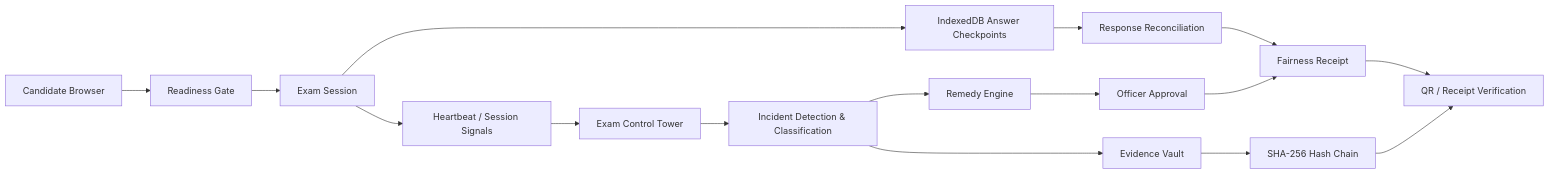
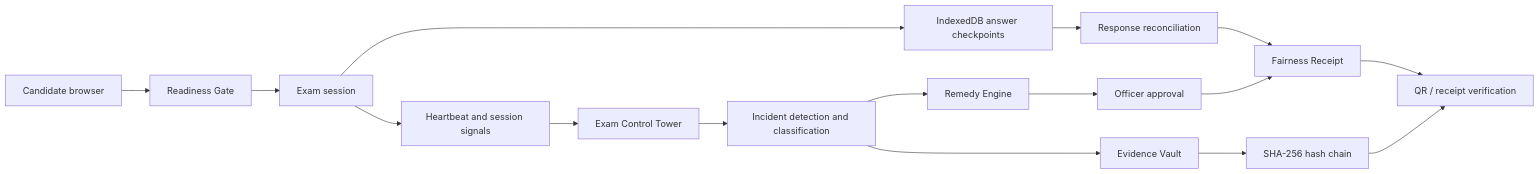
One commit to shaunmortal/online-assessment changed the first of 3 diagrams in README.md. Above: the diagram before and after it, drawn with Mermaid. The commit also changed other lines of this file and 4 other files, not shown here.

````diff
--- a/README.md
+++ b/README.md
@@ -50,18 +64,18 @@
-``` mermaid
+```mermaid
 flowchart LR
-    C[Candidate Browser] --> G[Readiness Gate]
-    G --> E[Exam Session]
-    E --> CP[IndexedDB Answer Checkpoints]
-    E --> HB[Heartbeat / Session Signals]
-    HB --> T[Exam Control Tower]
-    T --> I[Incident Detection & Classification]
+    C[Candidate browser] --> G[Readiness Gate]
+    G --> E[Exam session]
+    E --> CP[IndexedDB answer checkpoints]
+    E --> H[Heartbeat and session signals]
+    H --> T[Exam Control Tower]
+    T --> I[Incident detection and classification]
     I --> R[Remedy Engine]
-    R --> O[Officer Approval]
+    R --> O[Officer approval]
     O --> F[Fairness Receipt]
-    F --> V[QR / Receipt Verification]
-    CP --> RC[Response Reconciliation]
+    F --> V[QR / receipt verification]
+    CP --> RC[Response reconciliation]
     RC --> F
     I --> EV[Evidence Vault]
-    EV --> HC[SHA-256 Hash Chain]
+    EV --> HC[SHA-256 hash chain]
     HC --> V
 ```
````
